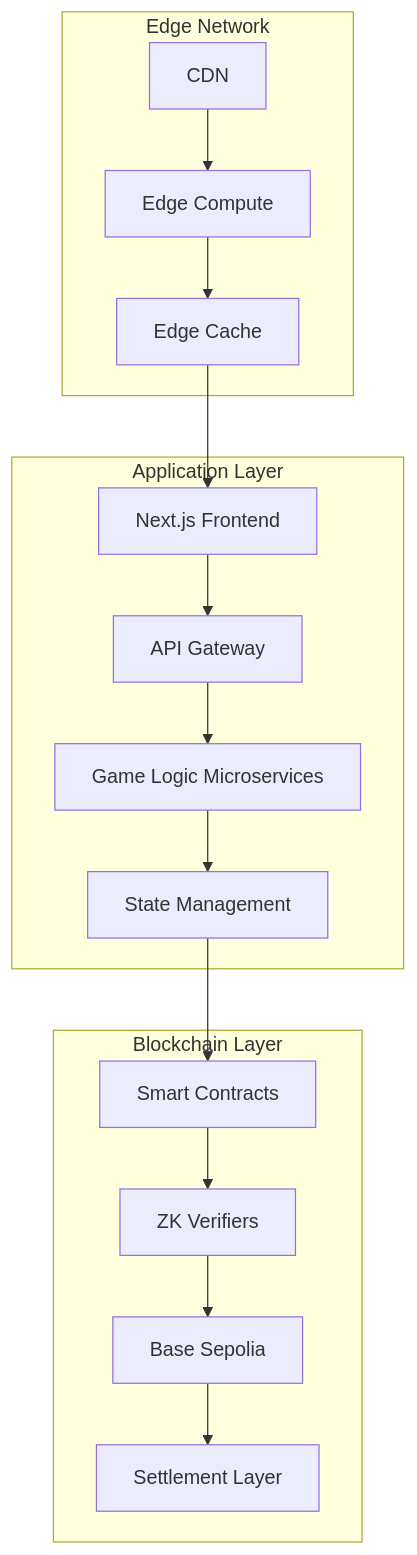
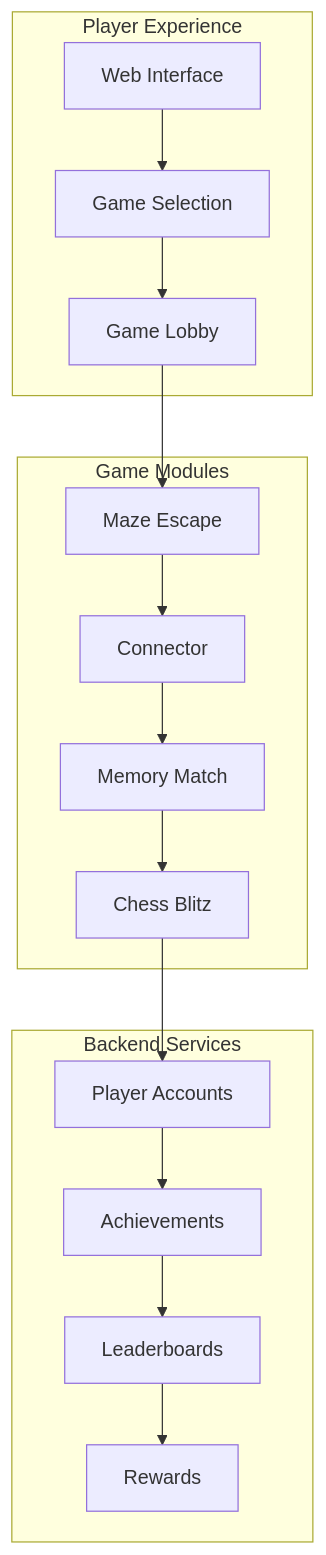
One commit to Kali-Decoder/BaseArena changed the seventh of 7 diagrams in README.md. Above: the diagram before and after it, drawn with Mermaid. The commit also changed other lines of this file, not shown here.

````diff
--- a/README.md
+++ b/README.md
@@ -155,22 +144,22 @@
 ```mermaid
 graph TD
-    subgraph "Edge Network"
-        A[CDN] --> B[Edge Compute]
-        B --> C[Edge Cache]
+    subgraph "Player Experience"
+        A[Web Interface] --> B[Game Selection]
+        B --> C[Game Lobby]
     end
     
-    subgraph "Application Layer"
-        D[Next.js Frontend] --> E[API Gateway]
-        E --> F[Game Logic Microservices]
-        F --> G[State Management]
+    subgraph "Game Modules"
+        D[Maze Escape] --> E[Connector]
+        E --> F[Memory Match]
+        F --> G[Chess Blitz]
     end
     
-    subgraph "Blockchain Layer"
-        H[Smart Contracts] --> I[ZK Verifiers]
-        I --> J[Base Sepolia]
-        J --> K[Settlement Layer]
+    subgraph "Backend Services"
+        H[Player Accounts] --> I[Achievements]
+        I --> J[Leaderboards]
+        J --> K[Rewards]
     end
     
     C --> D
     G --> H
 ```
````
